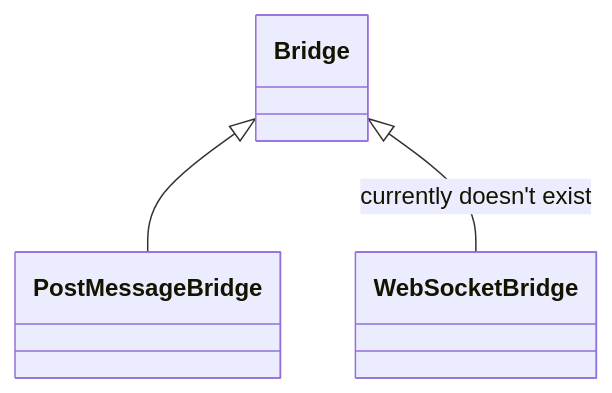
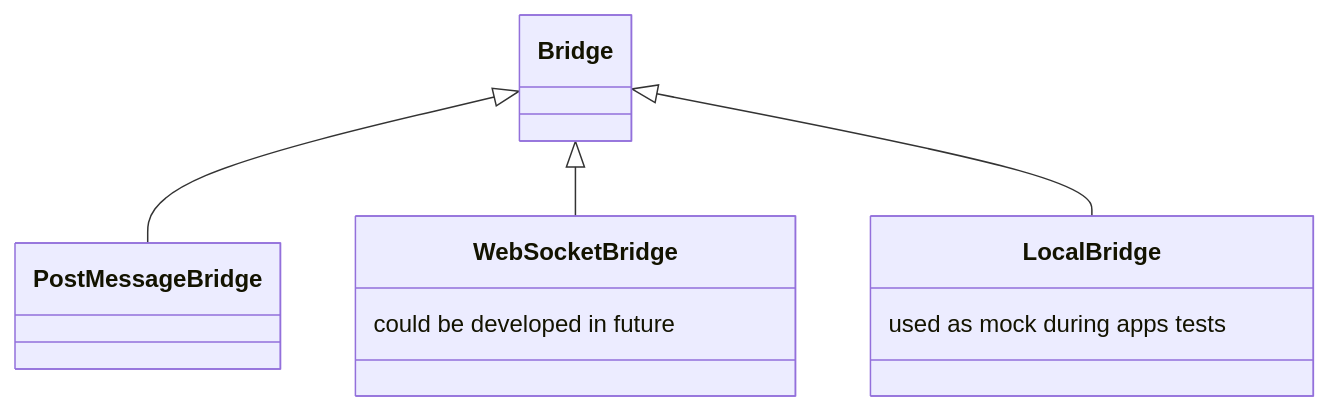
Before and after one commit to screencloud/app-core: the first of 2 diagrams in README.md, drawn with Mermaid. The commit also changed other lines of this file, not shown here.

````diff
--- a/README.md
+++ b/README.md
@@ -24,5 +30,9 @@
 ```mermaid
 classDiagram
     Bridge <|-- PostMessageBridge
-    Bridge <|-- WebSocketBridge : currently doesn't exist
+    Bridge <|-- WebSocketBridge
+    Bridge <|-- LocalBridge
+    LocalBridge : used as mock during apps tests
+    WebSocketBridge : could be developed in future
+
 ```
````
